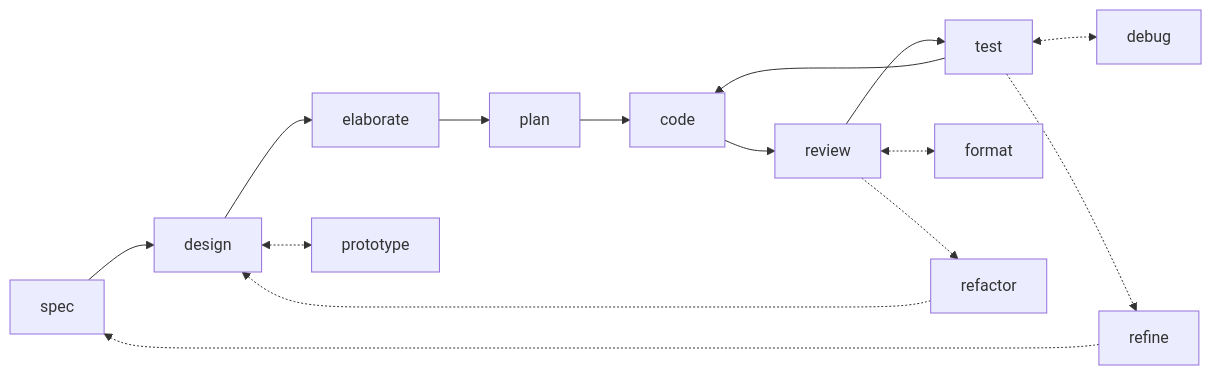
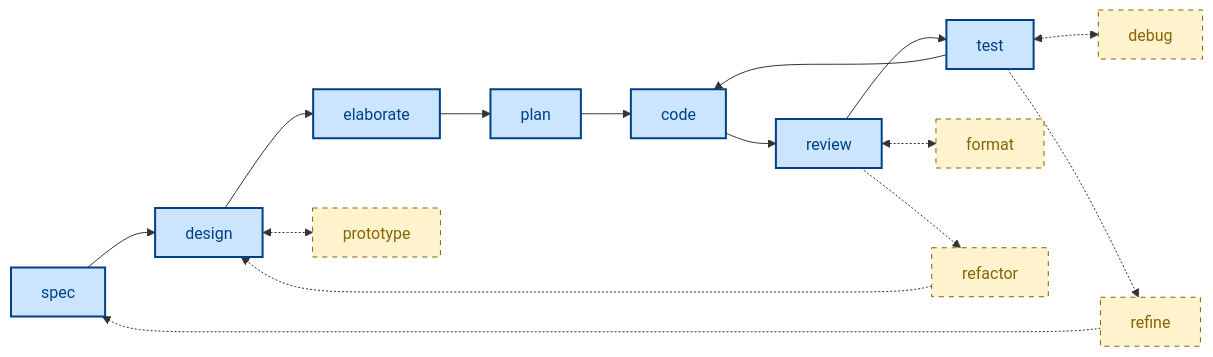
Before and after one commit to kieranpotts/skills: the first of 2 diagrams in README.md, drawn with Mermaid. The commit also changed other lines of this file, not shown here.

Commit message:
maintenance: better distinguish main workflow steps from feedback loops

````diff
--- a/README.md
+++ b/README.md
@@ -33,22 +33,30 @@
 ```mermaid
+---
+config:
+  htmlLabels: false
+---
 flowchart LR
-  %% Main workflow.
-  spec --> design
-  design --> elaborate
-  elaborate --> plan
-  plan --> code
-  code --> review
-  review --> test
-  test --> code
+  %% Main workflow sequence.
+  spec:::main --> design
+  design:::main --> elaborate
+  elaborate:::main --> plan
+  plan:::main --> code
+  code:::main --> review
+  review:::main --> test
+  test:::main --> code
 
   %% Small iterative cycles.
-  design <-.-> prototype
-  review <-.-> format
-  test <-.-> debug
+  design <-.-> prototype:::secondary
+  review <-.-> format:::secondary
+  test <-.-> debug:::secondary
 
   %% Big feedback loops.
-  review -.-> refactor
+  review -.-> refactor:::secondary
   refactor -.-> design
-  test -.-> refine
+  test -.-> refine:::secondary
   refine -.-> spec
+
+  %% Class definitions.
+  classDef main fill:#cce5ff,stroke:#004085,color:#004085,stroke-width:2px
+  classDef secondary fill:#fff3cd,stroke:#856404,color:#856404,stroke-width:1px,stroke-dasharray:5 5
 ```
````
